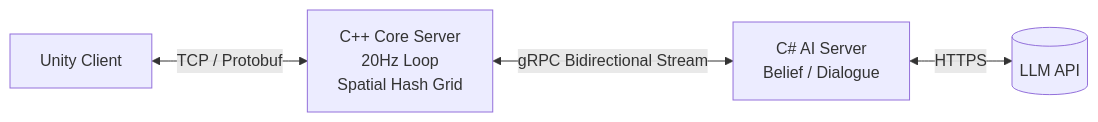
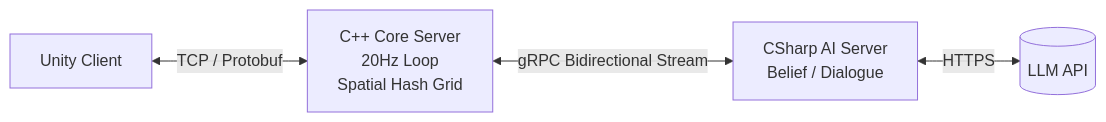
The second of 2 diagrams in README.md (jin20203458/jin20203458), drawn with Mermaid before and after one commit. The commit also changed other lines of this file, not shown here.

````diff
--- a/README.md
+++ b/README.md
@@ -74,6 +80,6 @@
 ```mermaid
-graph LR
-    Unity[Unity Client] <-->|TCP / Protobuf| CPP[C++ Core Server<br/>20Hz Loop<br/>Spatial Hash Grid]
-    CPP <-->|gRPC Bidirectional Stream| CS[C# AI Server<br/>Belief / Dialogue]
-    CS <-->|HTTPS| LLM[(LLM API)]
+flowchart LR
+    Unity["Unity Client"] <-->|"TCP / Protobuf"| CPP["C++ Core Server<br/>20Hz Loop<br/>Spatial Hash Grid"]
+    CPP <-->|"gRPC Bidirectional Stream"| CS["CSharp AI Server<br/>Belief / Dialogue"]
+    CS <-->|"HTTPS"| LLM[("LLM API")]
 ```
````
